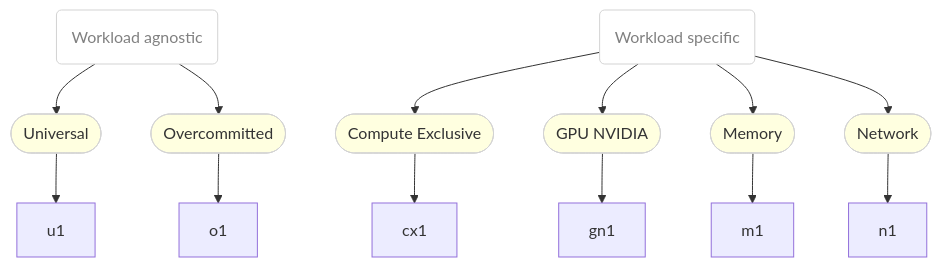
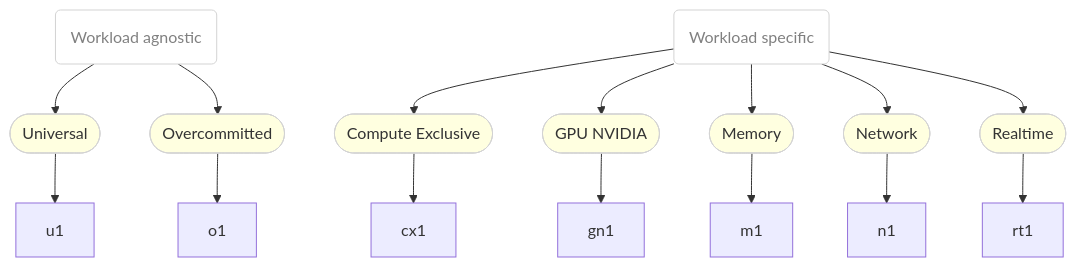
The diagram in README.md (kubevirt/common-instancetypes), drawn with Mermaid before and after one commit. The commit also changed other lines of this file and 7 other files, not shown here.

````diff
--- a/README.md
+++ b/README.md
@@ -20,29 +20,32 @@
 ```mermaid
 graph TD
 
 classDef grp fill:white,stroke:lightgray,color:gray
 classDef series fill:lightyellow,stroke:lightgray
 classDef instancetype fill:
 
 wrklda(Workload agnostic)
 wrklds(Workload specific)
 class wrklda grp
 
 wrklda:::grp --> Universal:::series
 Universal([Universal]):::series --> u1:::instancetype
 
 wrklda:::grp --> Overcommitted:::series
 Overcommitted([Overcommitted]):::series --> o1:::instancetype
 
 wrklds:::grp --> Computeexclusive:::series
 Computeexclusive([Compute Exclusive]):::series --> cx1:::instancetype
 
 wrklds:::grp --> GPUNVIDIA:::series
 GPUNVIDIA([GPU NVIDIA]):::series --> gn1:::instancetype
 
 wrklds:::grp --> Memory:::series
 Memory([Memory]):::series --> m1:::instancetype
 
 wrklds:::grp --> Network:::series
 Network([Network]):::series --> n1:::instancetype
+
+wrklds:::grp --> Realtime:::series
+Realtime([Realtime]):::series --> rt1:::instancetype
 ```
````
